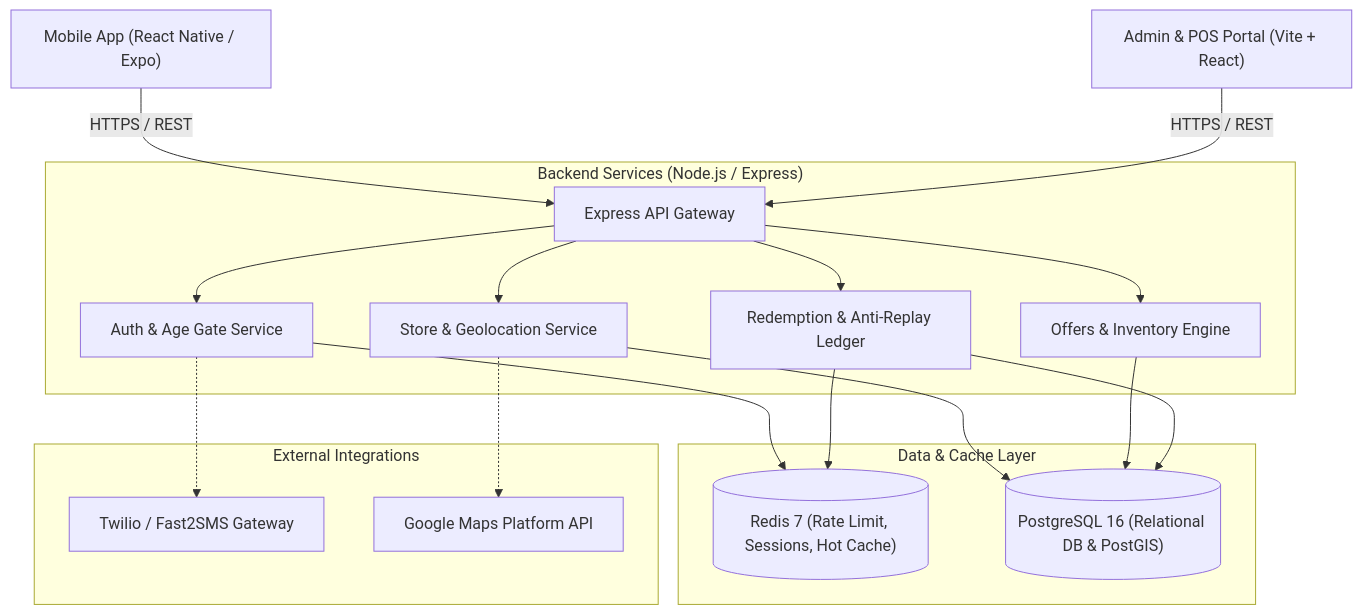
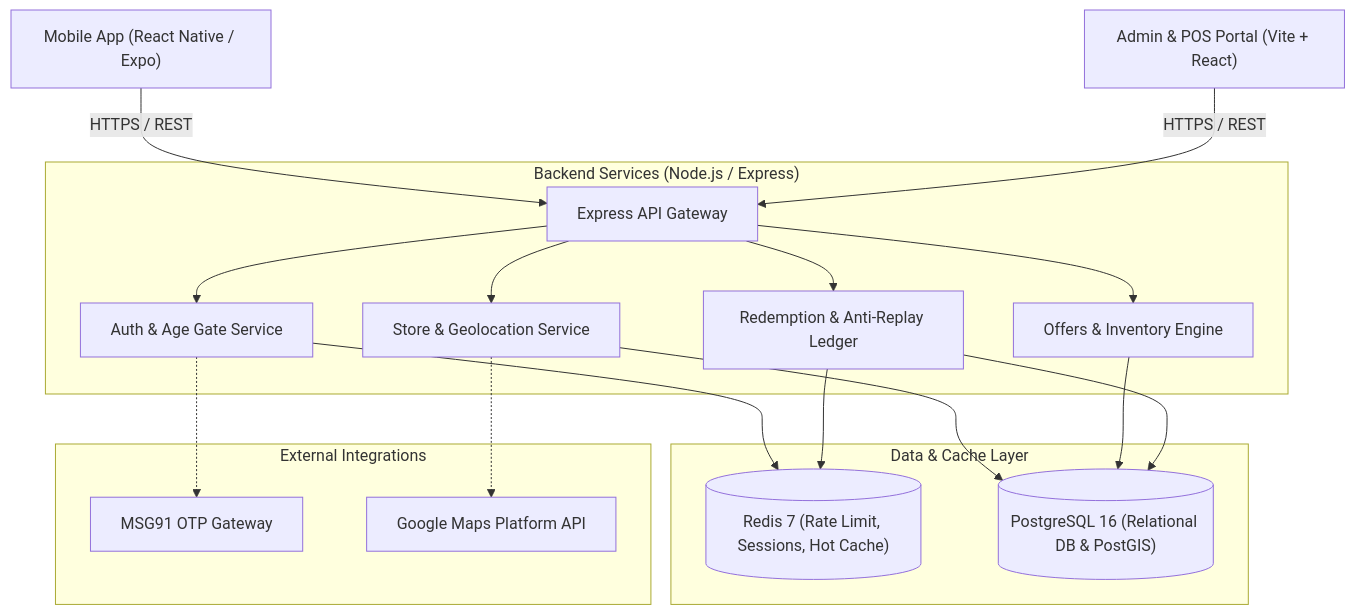
One commit to hiteshrao15/App changed the diagram in docs/ARCHITECTURE.md. Above: the diagram before and after it, drawn with Mermaid. The commit also changed 142 other files, not shown here.

````diff
--- a/docs/ARCHITECTURE.md
+++ b/docs/ARCHITECTURE.md
@@ -7,25 +7,25 @@
 ```mermaid
 graph TD
     ClientApp["Mobile App (React Native / Expo)"] -->|HTTPS / REST| APIGateway["Express API Gateway"]
     AdminWeb["Admin & POS Portal (Vite + React)"] -->|HTTPS / REST| APIGateway
     
     subgraph "Backend Services (Node.js / Express)"
         APIGateway --> AuthModule["Auth & Age Gate Service"]
         APIGateway --> StoreModule["Store & Geolocation Service"]
         APIGateway --> OfferModule["Offers & Inventory Engine"]
         APIGateway --> RedemptionModule["Redemption & Anti-Replay Ledger"]
     end
     
     subgraph "Data & Cache Layer"
         AuthModule --> Redis[("Redis 7 (Rate Limit, Sessions, Hot Cache)")]
         StoreModule --> Postgres[("PostgreSQL 16 (Relational DB & PostGIS)")]
         OfferModule --> Postgres
         RedemptionModule --> Postgres
         RedemptionModule --> Redis
     end
     
     subgraph "External Integrations"
-        AuthModule -.-> SMSGateway["Twilio / Fast2SMS Gateway"]
+        AuthModule -.-> SMSGateway["MSG91 OTP Gateway"]
         StoreModule -.-> GoogleMaps["Google Maps Platform API"]
     end
 ```
````
